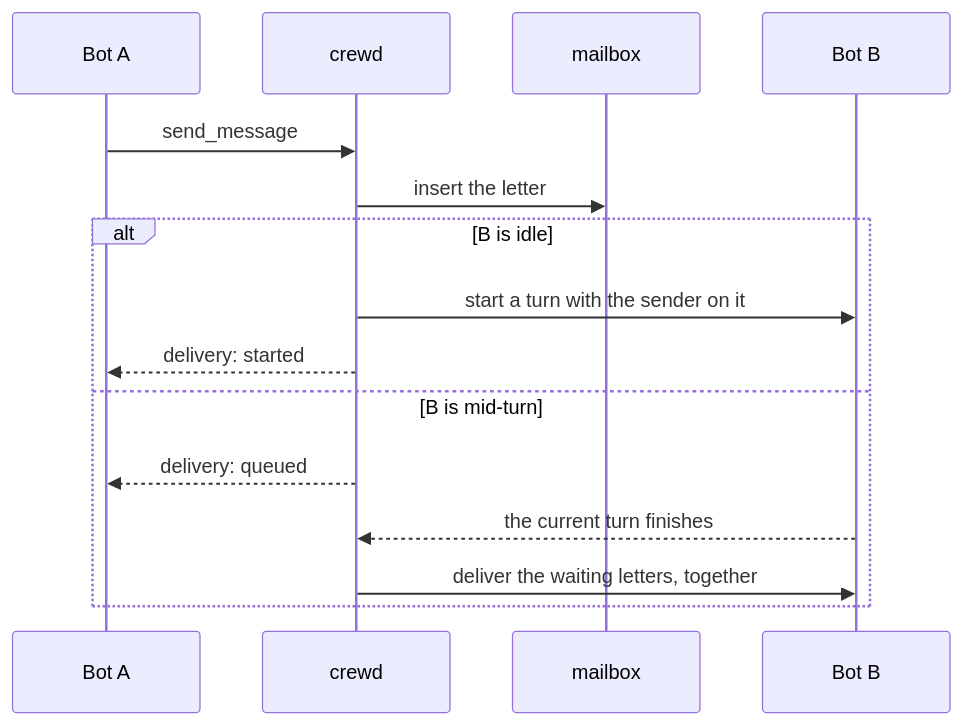
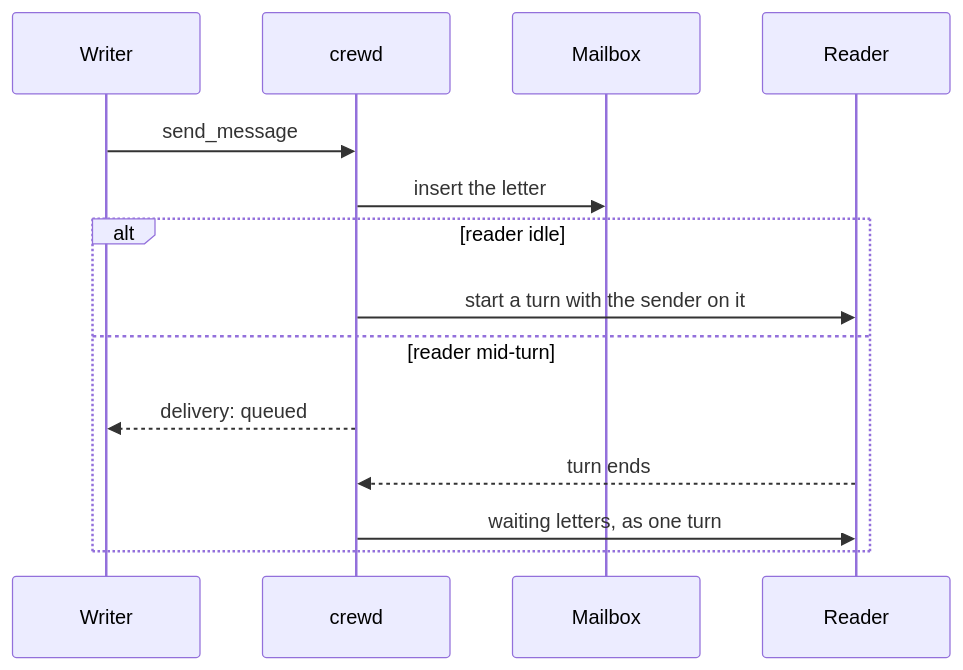
The fifth of 6 diagrams in docs/ARCHITECTURE.md (rogazth/crew), drawn with Mermaid before and after one commit. The commit also changed other lines of this file, not shown here.

Commit message:
docs: trim the architecture notes to the architecture and its diagrams

````diff
--- a/docs/ARCHITECTURE.md
+++ b/docs/ARCHITECTURE.md
@@ -145,18 +138,17 @@
 ```mermaid
 sequenceDiagram
-  participant A as Bot A
+  participant A as Writer
   participant D as crewd
-  participant M as mailbox
-  participant B as Bot B
+  participant M as Mailbox
+  participant B as Reader
 
   A->>D: send_message
   D->>M: insert the letter
-  alt B is idle
+  alt reader idle
     D->>B: start a turn with the sender on it
-    D-->>A: delivery: started
-  else B is mid-turn
+  else reader mid-turn
     D-->>A: delivery: queued
-    B-->>D: the current turn finishes
-    D->>B: deliver the waiting letters, together
+    B-->>D: turn ends
+    D->>B: waiting letters, as one turn
   end
 ```
````
